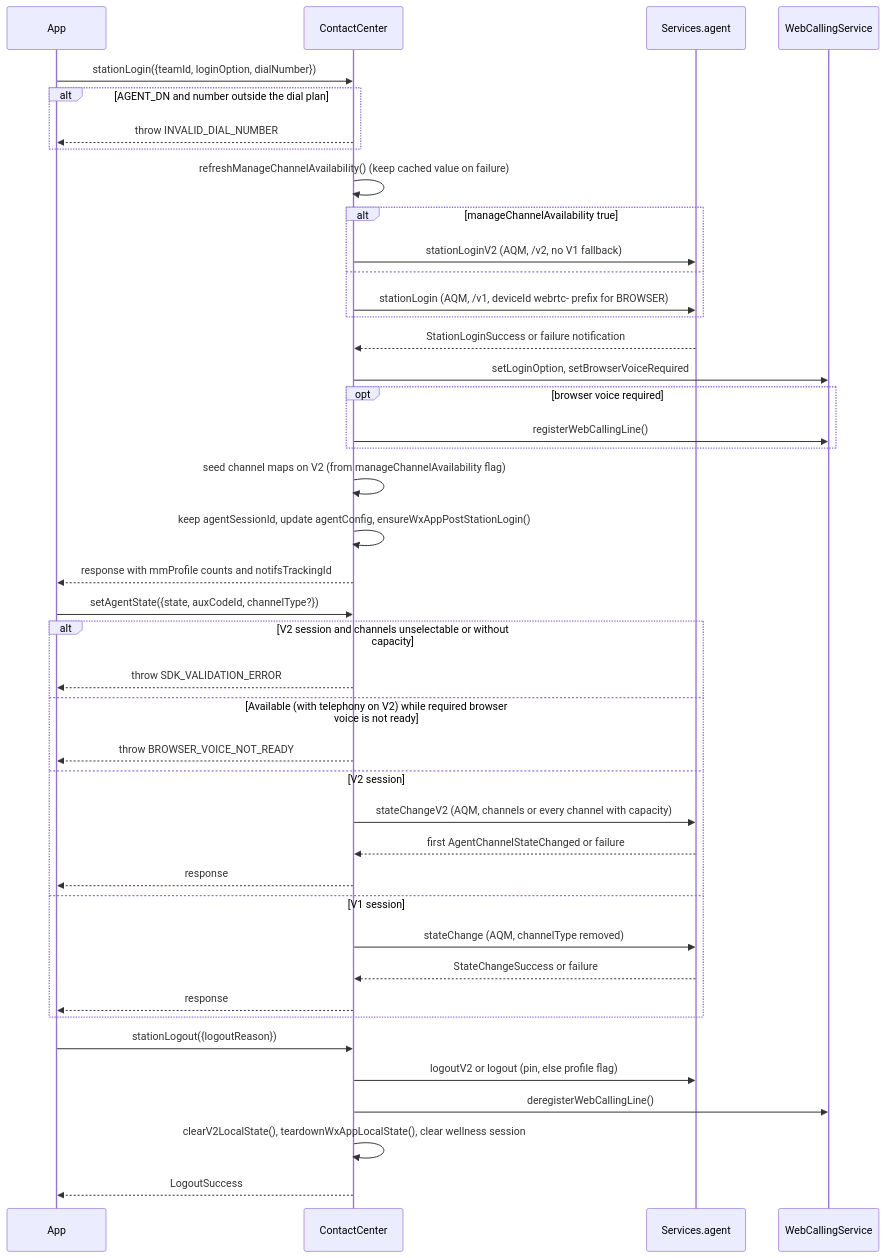
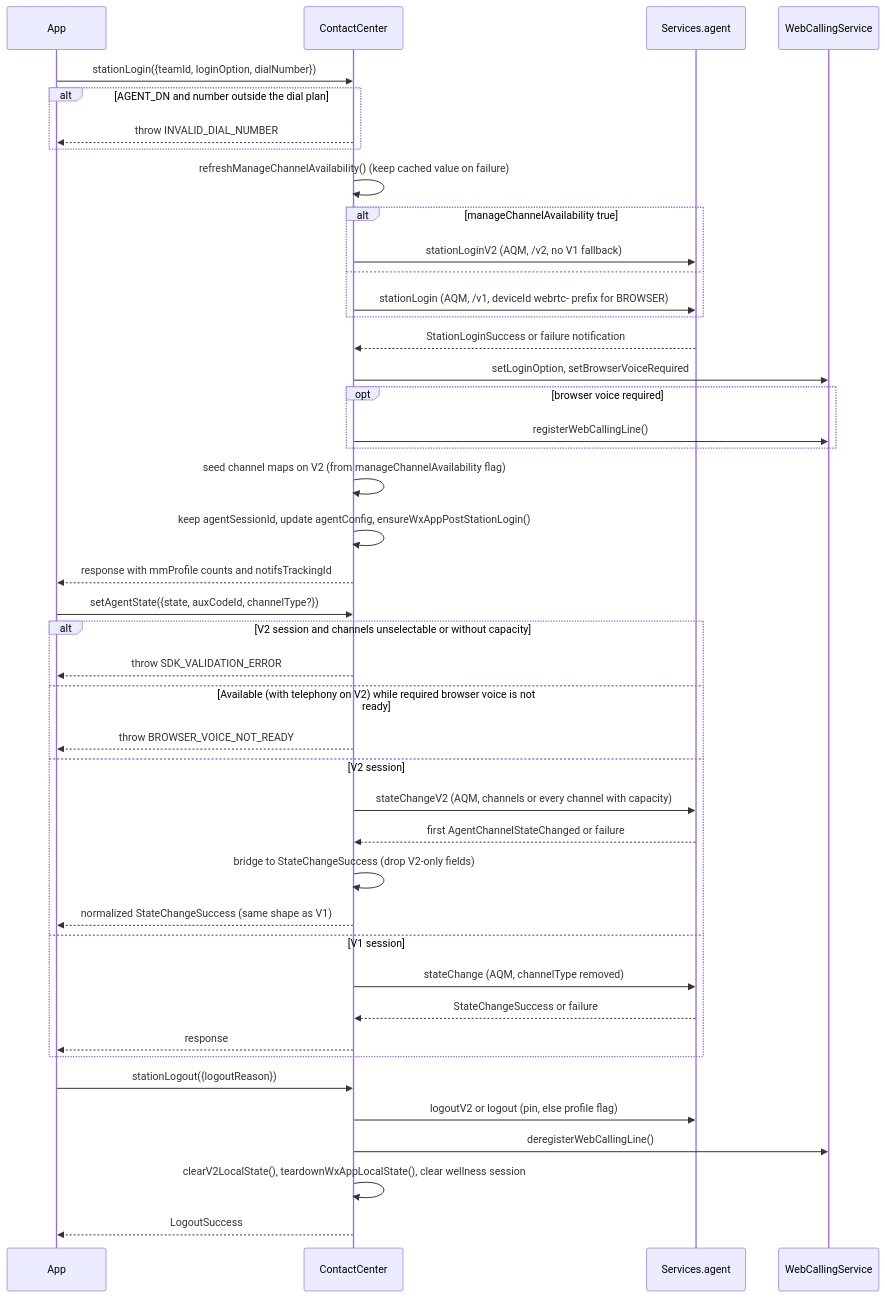
One commit to webex/webex-js-sdk changed the fifth of 10 diagrams in packages/@webex/contact-center/src/docs/README.md. Above: the diagram before and after it, drawn with Mermaid. The commit also changed other lines of this file and 6 other files, not shown here.

````diff
--- a/packages/@webex/contact-center/src/docs/README.md
+++ b/packages/@webex/contact-center/src/docs/README.md
@@ -405,44 +405,45 @@
 ```mermaid
 sequenceDiagram
   participant App
   participant CC as ContactCenter
   participant Agent as Services.agent
   participant Calling as WebCallingService
   App->>CC: stationLogin({teamId, loginOption, dialNumber})
   alt AGENT_DN and number outside the dial plan
     CC-->>App: throw INVALID_DIAL_NUMBER
   end
   CC->>CC: refreshManageChannelAvailability() (keep cached value on failure)
   alt manageChannelAvailability true
     CC->>Agent: stationLoginV2 (AQM, /v2, no V1 fallback)
   else
     CC->>Agent: stationLogin (AQM, /v1, deviceId webrtc- prefix for BROWSER)
   end
   Agent-->>CC: StationLoginSuccess or failure notification
   CC->>Calling: setLoginOption, setBrowserVoiceRequired
   opt browser voice required
     CC->>Calling: registerWebCallingLine()
   end
   CC->>CC: seed channel maps on V2 (from manageChannelAvailability flag)
   CC->>CC: keep agentSessionId, update agentConfig, ensureWxAppPostStationLogin()
   CC-->>App: response with mmProfile counts and notifsTrackingId
   App->>CC: setAgentState({state, auxCodeId, channelType?})
   alt V2 session and channels unselectable or without capacity
     CC-->>App: throw SDK_VALIDATION_ERROR
   else Available (with telephony on V2) while required browser voice is not ready
     CC-->>App: throw BROWSER_VOICE_NOT_READY
   else V2 session
     CC->>Agent: stateChangeV2 (AQM, channels or every channel with capacity)
     Agent-->>CC: first AgentChannelStateChanged or failure
-    CC-->>App: response
+    CC->>CC: bridge to StateChangeSuccess (drop V2-only fields)
+    CC-->>App: normalized StateChangeSuccess (same shape as V1)
   else V1 session
     CC->>Agent: stateChange (AQM, channelType removed)
     Agent-->>CC: StateChangeSuccess or failure
     CC-->>App: response
   end
   App->>CC: stationLogout({logoutReason})
   CC->>Agent: logoutV2 or logout (pin, else profile flag)
   CC->>Calling: deregisterWebCallingLine()
   CC->>CC: clearV2LocalState(), teardownWxAppLocalState(), clear wellness session
   CC-->>App: LogoutSuccess
 ```
````
